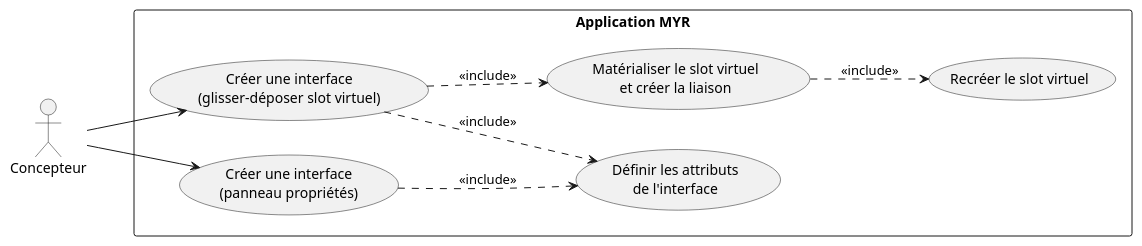
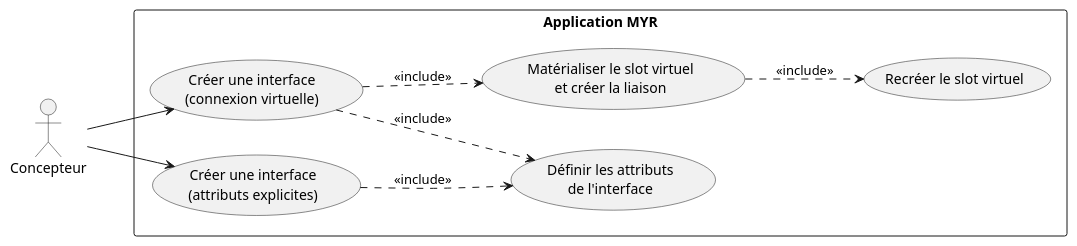
The first of 2 diagrams in specs/2-Analyse/UCAM-Atelier_Module/UCAM03.md (olivaux/myr), drawn with PlantUML before and after one commit. The commit also changed other lines of this file and 72 other files, not shown here.

````diff
--- a/specs/2-Analyse/UCAM-Atelier_Module/UCAM03.md
+++ b/specs/2-Analyse/UCAM-Atelier_Module/UCAM03.md
@@ -14,23 +14,23 @@
 ```plantuml
 @startuml
 left to right direction
 
 actor "Concepteur" as C
 
 rectangle "Application MYR" {
-    usecase "Créer une interface\n(glisser-déposer slot virtuel)" as UC1
-    usecase "Créer une interface\n(panneau propriétés)" as UC2
+    usecase "Créer une interface\n(connexion virtuelle)" as UC1
+    usecase "Créer une interface\n(attributs explicites)" as UC2
     usecase "Définir les attributs\nde l'interface" as UC3
     usecase "Matérialiser le slot virtuel\net créer la liaison" as UC4
     usecase "Recréer le slot virtuel" as UC5
 }
 
 C --> UC1
 C --> UC2
 UC1 ..> UC3 : <<include>>
 UC2 ..> UC3 : <<include>>
 UC1 ..> UC4 : <<include>>
 UC4 ..> UC5 : <<include>>
 
 @enduml
 ```
````
